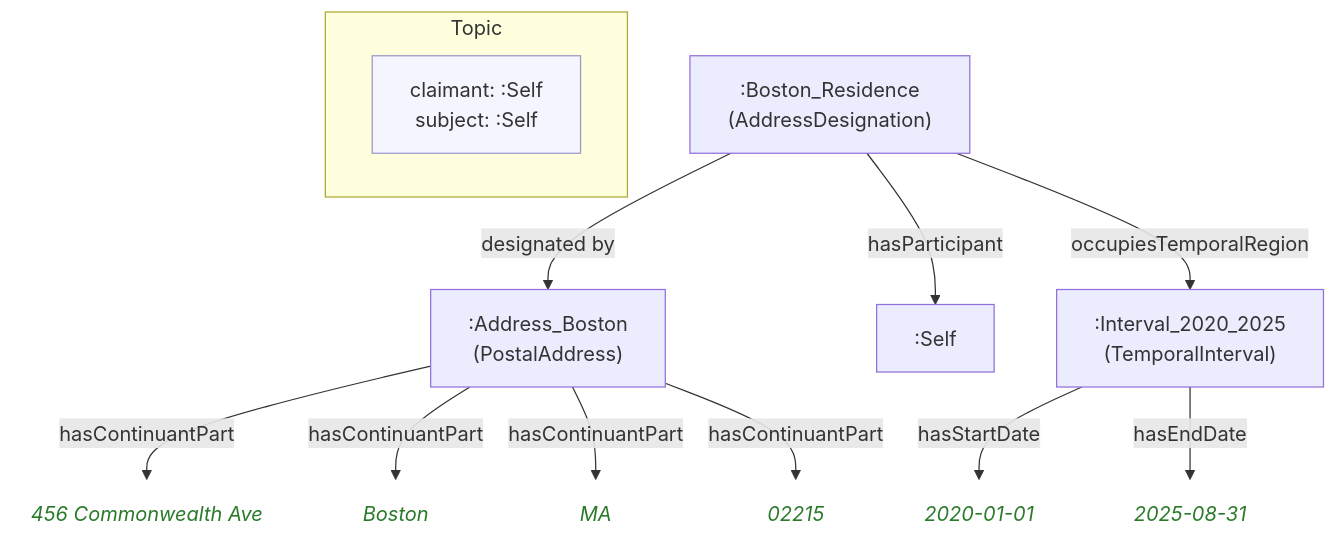
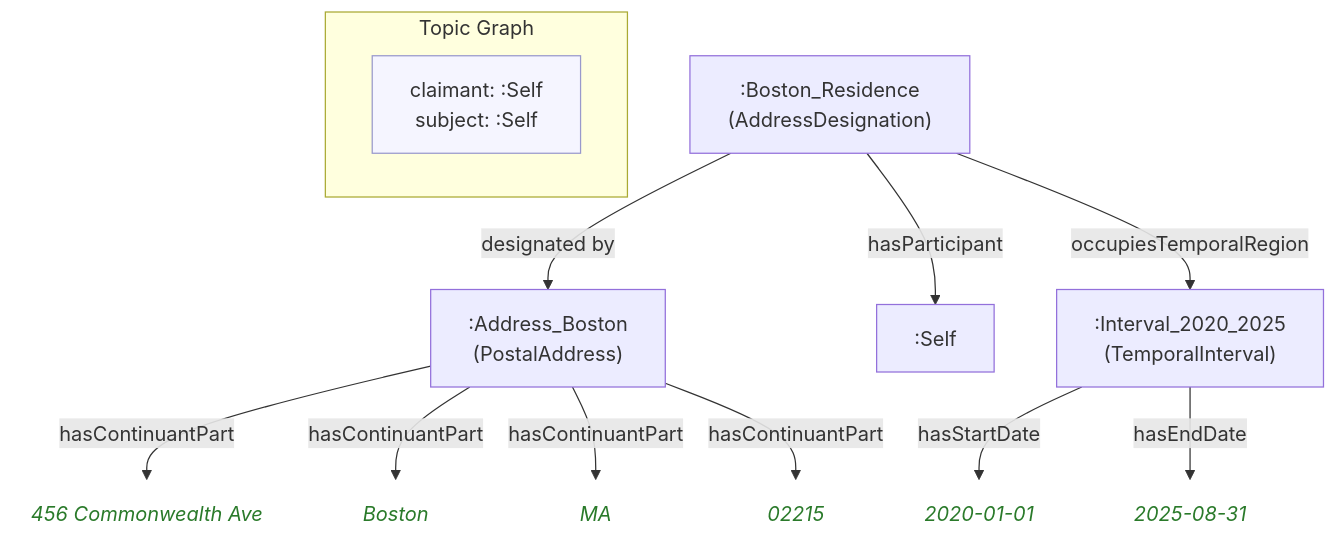
One commit to MeeFoundation/mia-ontologies changed the diagram in example/topics/images/self.self(Boston)(residence)(13).mmd. Above: the diagram before and after it, drawn with Mermaid. The commit also changed 65 other files, not shown here.

First line of the commit message:
Relabel per-topic diagram metadata box "Topic" -> "Topic Graph"

```diff
--- a/example/topics/images/self.self(Boston)(residence)(13).mmd
+++ b/example/topics/images/self.self(Boston)(residence)(13).mmd
@@ -1,32 +1,32 @@
 flowchart TD
     classDef person fill:#fffacd,stroke:#aaa,color:#333
     classDef grp    fill:#d4edda,stroke:#aaa,color:#333
     classDef org    fill:#cce5ff,stroke:#aaa,color:#333
     classDef lit    fill:none,stroke:none,font-style:italic,color:#2a7a2a
     classDef meta   fill:#f5f5ff,stroke:#9999cc,color:#333
 
-    subgraph ctx["Topic"]
+    subgraph ctx["Topic Graph"]
         direction LR
         ctx_meta["claimant: :Self\nsubject: :Self"]:::meta
     end
 
     nc67f0317dd3d[":Address_Boston\n(PostalAddress)"]
-    nf1820e2026f2("456 Commonwealth Ave"):::lit
-    nc1116eef86bf("Boston"):::lit
-    n3af47a523f74("MA"):::lit
-    nfaffd408b84c("02215"):::lit
+    n2d845bfe6324("456 Commonwealth Ave"):::lit
+    n0c0a17ab46b6("Boston"):::lit
+    n31c3d3343fcf("MA"):::lit
+    nc2f549cc4287("02215"):::lit
     n596b411b2d6f[":Boston_Residence\n(AddressDesignation)"]
     n89768dce3f8b[":Self"]
     n712165170b98[":Interval_2020_2025\n(TemporalInterval)"]
     n9dc9a14921d5("2020-01-01"):::lit
     n6c16da9fd750("2025-08-31"):::lit
 
-    nc67f0317dd3d -->|"hasContinuantPart"| nf1820e2026f2
-    nc67f0317dd3d -->|"hasContinuantPart"| nc1116eef86bf
-    nc67f0317dd3d -->|"hasContinuantPart"| n3af47a523f74
-    nc67f0317dd3d -->|"hasContinuantPart"| nfaffd408b84c
+    nc67f0317dd3d -->|"hasContinuantPart"| n2d845bfe6324
+    nc67f0317dd3d -->|"hasContinuantPart"| n0c0a17ab46b6
+    nc67f0317dd3d -->|"hasContinuantPart"| n31c3d3343fcf
+    nc67f0317dd3d -->|"hasContinuantPart"| nc2f549cc4287
     n596b411b2d6f -->|"hasParticipant"| n89768dce3f8b
     n596b411b2d6f -->|"designated by"| nc67f0317dd3d
     n596b411b2d6f -->|"occupiesTemporalRegion"| n712165170b98
     n712165170b98 -->|"hasStartDate"| n9dc9a14921d5
     n712165170b98 -->|"hasEndDate"| n6c16da9fd750
```
